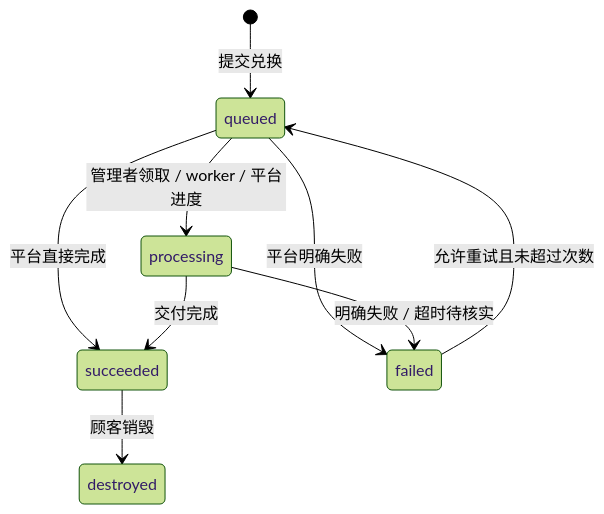
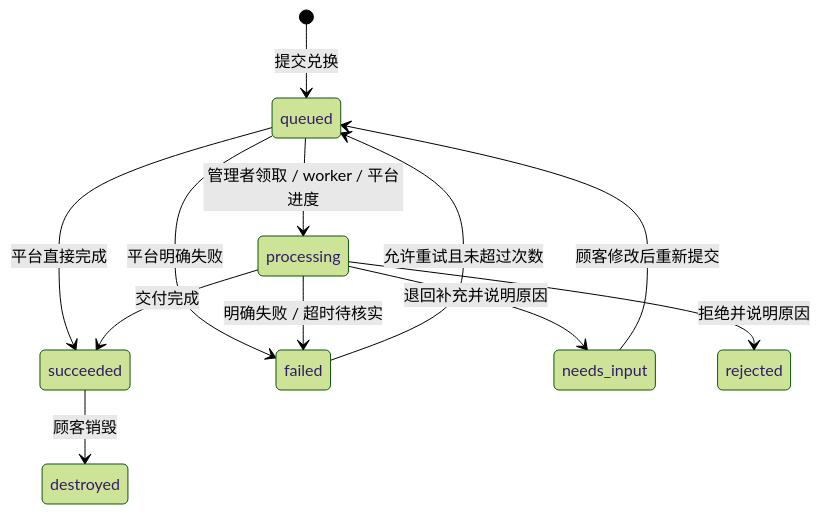
One commit to TokenNotIncluded/extore changed the diagram in docs/protocol.md. Above: the diagram before and after it, drawn with Mermaid (forest theme). The commit also changed other lines of this file and 48 other files, not shown here.

````diff
--- a/docs/protocol.md
+++ b/docs/protocol.md
@@ -7,11 +7,14 @@
 ```mermaid
 stateDiagram-v2
   [*] --> queued: 提交兑换
   queued --> processing: 管理者领取 / worker / 平台进度
   queued --> succeeded: 平台直接完成
   queued --> failed: 平台明确失败
   processing --> succeeded: 交付完成
   processing --> failed: 明确失败 / 超时待核实
+  processing --> needs_input: 退回补充并说明原因
+  needs_input --> queued: 顾客修改后重新提交
+  processing --> rejected: 拒绝并说明原因
   failed --> queued: 允许重试且未超过次数
   succeeded --> destroyed: 顾客销毁
 ```
````
